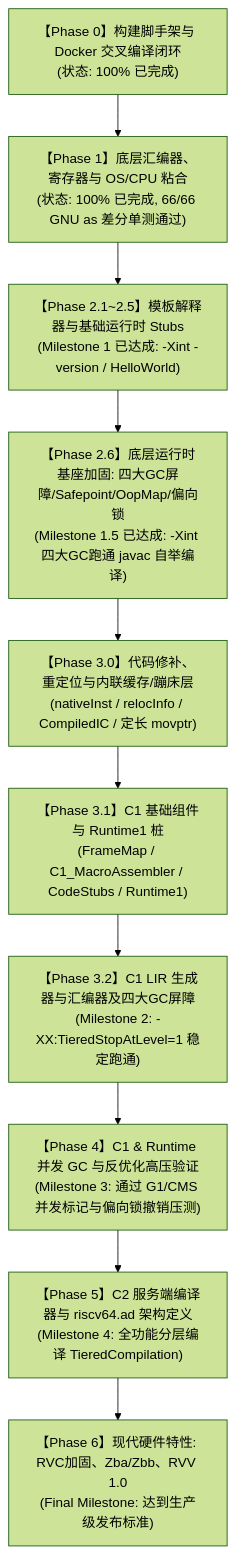
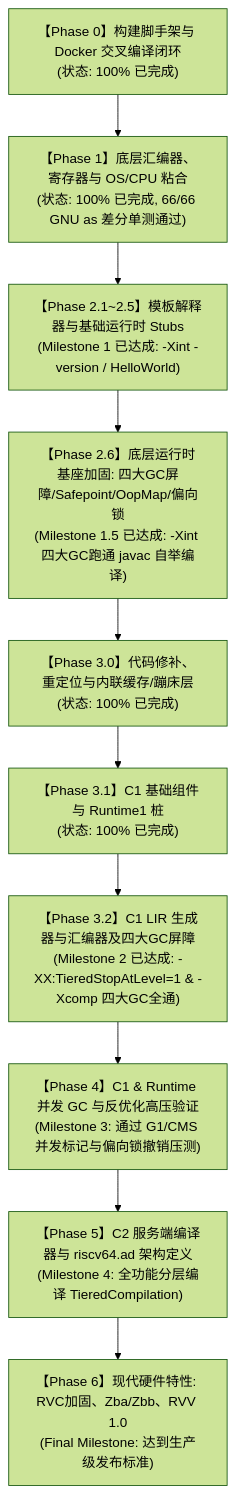
One commit to jiapiat232/riscv-port-jdk8u changed the diagram in docs/04-ROADMAP-AND-MILESTONES.md. Above: the diagram before and after it, drawn with Mermaid (forest theme). The commit also changed other lines of this file and 26 other files, not shown here.

````diff
--- a/docs/04-ROADMAP-AND-MILESTONES.md
+++ b/docs/04-ROADMAP-AND-MILESTONES.md
@@ -25,15 +25,15 @@
 ```mermaid
 flowchart TD
     P0["【Phase 0】构建脚手架与 Docker 交叉编译闭环<br/>(状态: 100% 已完成)"]
     P1["【Phase 1】底层汇编器、寄存器与 OS/CPU 粘合<br/>(状态: 100% 已完成, 66/66 GNU as 差分单测通过)"]
     P2_1["【Phase 2.1~2.5】模板解释器与基础运行时 Stubs<br/>(Milestone 1 已达成: -Xint -version / HelloWorld)"]
     P2_6["【Phase 2.6】底层运行时基座加固: 四大GC屏障/Safepoint/OopMap/偏向锁<br/>(Milestone 1.5 已达成: -Xint 四大GC跑通 javac 自举编译)"]
-    P3_0["【Phase 3.0】代码修补、重定位与内联缓存/蹦床层<br/>(nativeInst / relocInfo / CompiledIC / 定长 movptr)"]
-    P3_1["【Phase 3.1】C1 基础组件与 Runtime1 桩<br/>(FrameMap / C1_MacroAssembler / CodeStubs / Runtime1)"]
-    P3_2["【Phase 3.2】C1 LIR 生成器与汇编器及四大GC屏障<br/>(Milestone 2: -XX:TieredStopAtLevel=1 稳定跑通)"]
+    P3_0["【Phase 3.0】代码修补、重定位与内联缓存/蹦床层<br/>(状态: 100% 已完成)"]
+    P3_1["【Phase 3.1】C1 基础组件与 Runtime1 桩<br/>(状态: 100% 已完成)"]
+    P3_2["【Phase 3.2】C1 LIR 生成器与汇编器及四大GC屏障<br/>(Milestone 2 已达成: -XX:TieredStopAtLevel=1 & -Xcomp 四大GC全通)"]
     P4["【Phase 4】C1 & Runtime 并发 GC 与反优化高压验证<br/>(Milestone 3: 通过 G1/CMS 并发标记与偏向锁撤销压测)"]
     P5["【Phase 5】C2 服务端编译器与 riscv64.ad 架构定义<br/>(Milestone 4: 全功能分层编译 TieredCompilation)"]
     P6["【Phase 6】现代硬件特性: RVC加固、Zba/Zbb、RVV 1.0<br/>(Final Milestone: 达到生产级发布标准)"]
 
     P0 --> P1 --> P2_1 --> P2_6 --> P3_0 --> P3_1 --> P3_2 --> P4 --> P5 --> P6
 ```
````
